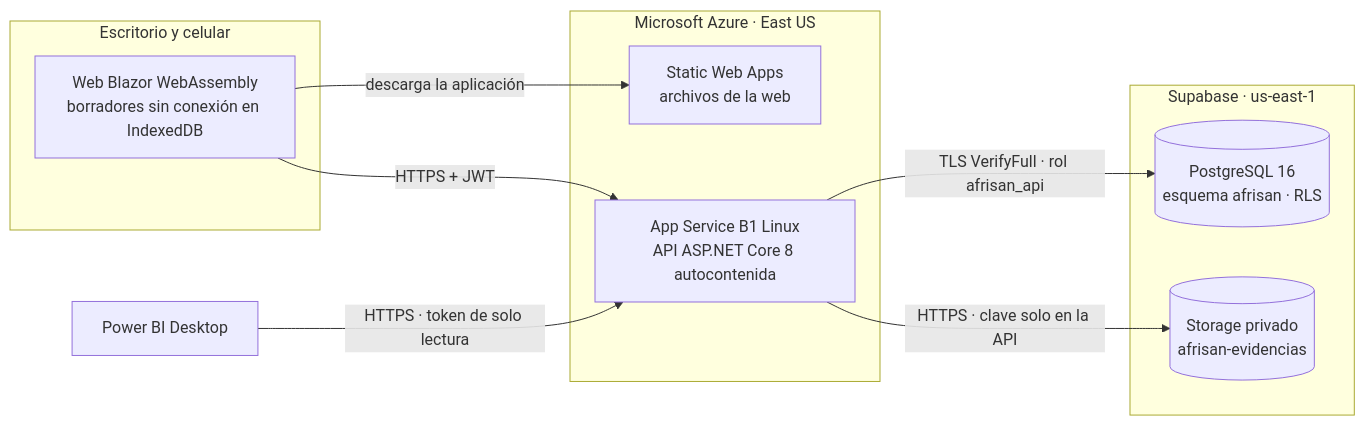
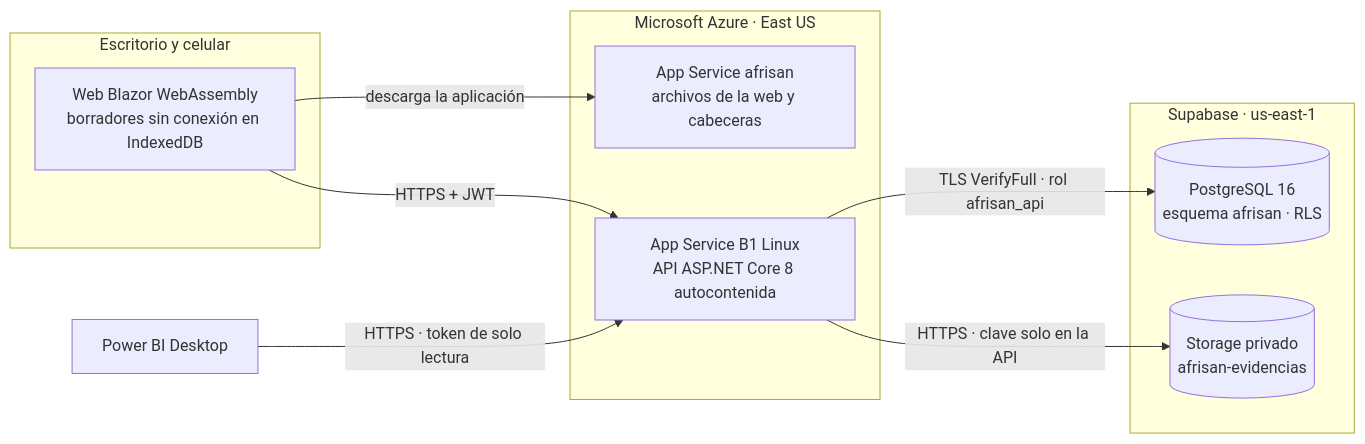
One commit to dantemoya/AFRISAN-APT changed the diagram in README.md. Above: the diagram before and after it, drawn with Mermaid. The commit also changed other lines of this file and 9 other files, not shown here.

First line of the commit message:
feat(azure): web en https://afrisan.azurewebsites.net (D-50)

````diff
--- a/README.md
+++ b/README.md
@@ -128,20 +129,20 @@
 ```mermaid
 flowchart LR
     subgraph Dispositivos["Escritorio y celular"]
         WEB["Web Blazor WebAssembly<br/>borradores sin conexión en IndexedDB"]
     end
     subgraph Azure["Microsoft Azure · East US"]
-        SWA["Static Web Apps<br/>archivos de la web"]
+        SWA["App Service afrisan<br/>archivos de la web y cabeceras"]
         API["App Service B1 Linux<br/>API ASP.NET Core 8 autocontenida"]
     end
     subgraph Supabase["Supabase · us-east-1"]
         PG[("PostgreSQL 16<br/>esquema afrisan · RLS")]
         ST[("Storage privado<br/>afrisan-evidencias")]
     end
     PBI["Power BI Desktop"]
     WEB -- "descarga la aplicación" --> SWA
     WEB -- "HTTPS + JWT" --> API
     API -- "TLS VerifyFull · rol afrisan_api" --> PG
     API -- "HTTPS · clave solo en la API" --> ST
     PBI -- "HTTPS · token de solo lectura" --> API
 ```
````
